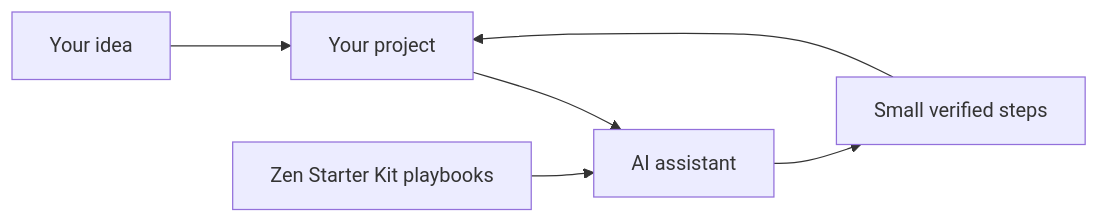
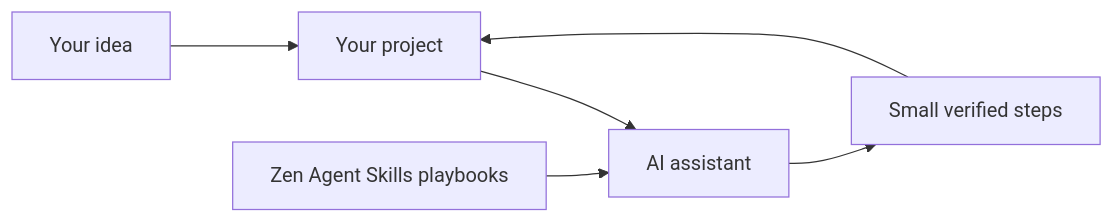
The first of 2 diagrams in docs/GETTING-STARTED.md (hams-ollo/zen-agent-skills), drawn with Mermaid before and after one commit. The commit also changed other lines of this file and 11 other files, not shown here.

First line of the commit message:
docs: rebrand to Zen Agent Skills

````diff
--- a/docs/GETTING-STARTED.md
+++ b/docs/GETTING-STARTED.md
@@ -43,8 +43,8 @@
 ```mermaid
 flowchart LR
   A[Your idea] --> B[Your project]
   B --> C[AI assistant]
-  D[Zen Starter Kit playbooks] --> C
+  D[Zen Agent Skills playbooks] --> C
   C --> E[Small verified steps]
   E --> B
 ```
````
